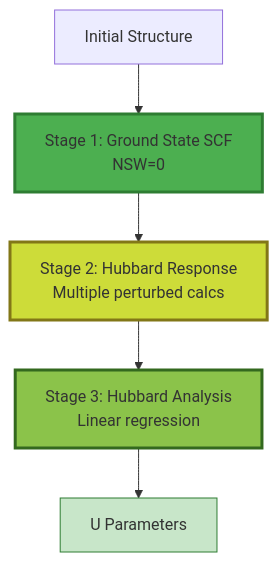
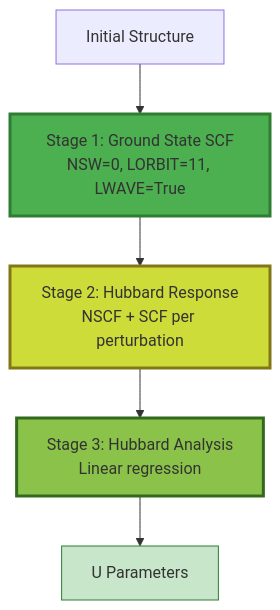
One commit to DoriniTT/quantum-lego changed the ninth of 17 diagrams in docs/VISUAL_GUIDE.md. Above: the diagram before and after it, drawn with Mermaid. The commit also changed other lines of this file and 27 other files, not shown here.

````diff
--- a/docs/VISUAL_GUIDE.md
+++ b/docs/VISUAL_GUIDE.md
@@ -309,12 +309,12 @@
 ```mermaid
 graph TD
-    A[Initial Structure] --> B[Stage 1: Ground State SCF<br/>NSW=0]
-    B --> C[Stage 2: Hubbard Response<br/>Multiple perturbed calcs]
+    A[Initial Structure] --> B[Stage 1: Ground State SCF<br/>NSW=0, LORBIT=11, LWAVE=True]
+    B --> C[Stage 2: Hubbard Response<br/>NSCF + SCF per perturbation]
     C --> D[Stage 3: Hubbard Analysis<br/>Linear regression]
     D --> E[U Parameters]
 
     style B fill:#4CAF50,stroke:#2E7D32,stroke-width:3px
     style C fill:#CDDC39,stroke:#827717,stroke-width:3px
     style D fill:#8BC34A,stroke:#33691E,stroke-width:3px
     style E fill:#C8E6C9,stroke:#2E7D32
 ```
````
